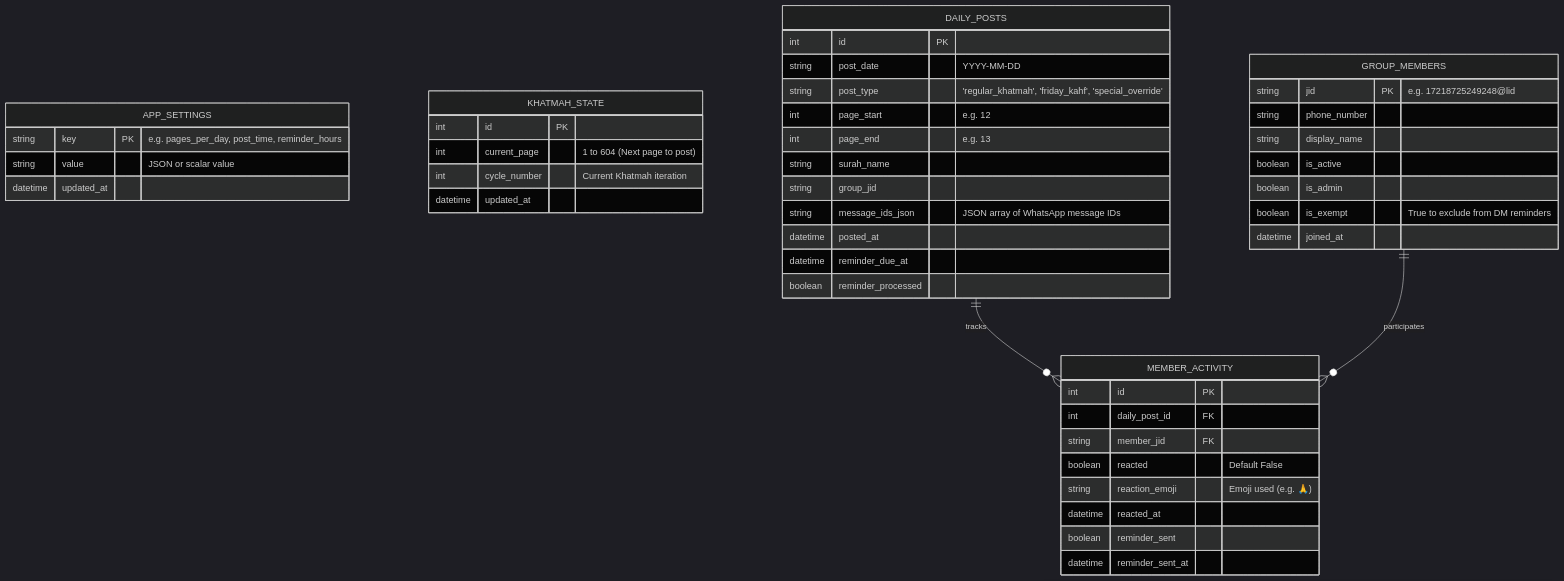
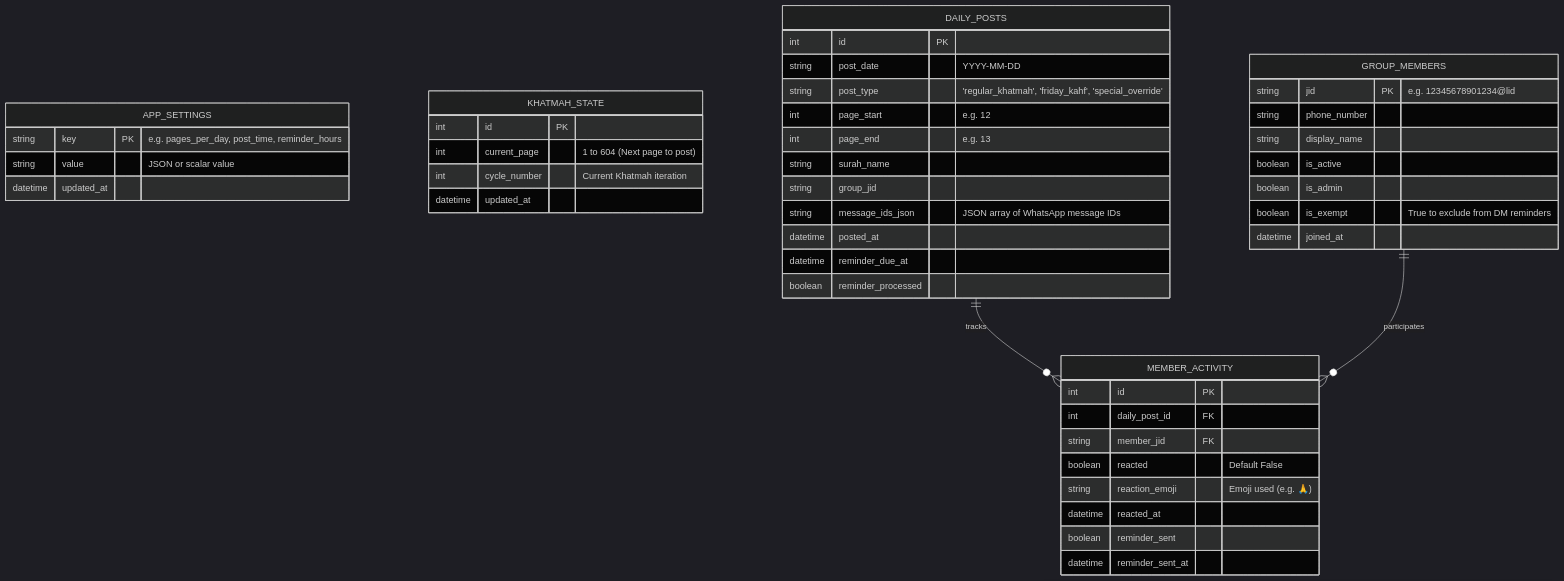
Before and after one commit to muammera1/baba-quran: the diagram in plan.md, drawn with Mermaid (dark theme). The commit also changed other lines of this file and 7 other files, not shown here.

````diff
--- a/plan.md
+++ b/plan.md
@@ -87,53 +87,53 @@
 ```mermaid
 erDiagram
     APP_SETTINGS {
         string key PK "e.g. pages_per_day, post_time, reminder_hours"
         string value "JSON or scalar value"
         datetime updated_at
     }
 
     KHATMAH_STATE {
         int id PK
         int current_page "1 to 604 (Next page to post)"
         int cycle_number "Current Khatmah iteration"
         datetime updated_at
     }
 
     GROUP_MEMBERS {
-        string jid PK "e.g. 17218725249248@lid"
+        string jid PK "e.g. 12345678901234@lid"
         string phone_number
         string display_name
         boolean is_active
         boolean is_admin
         boolean is_exempt "True to exclude from DM reminders"
         datetime joined_at
     }
 
     DAILY_POSTS {
         int id PK
         string post_date "YYYY-MM-DD"
         string post_type "'regular_khatmah', 'friday_kahf', 'special_override'"
         int page_start "e.g. 12"
         int page_end "e.g. 13"
         string surah_name
         string group_jid
         string message_ids_json "JSON array of WhatsApp message IDs"
         datetime posted_at
         datetime reminder_due_at
         boolean reminder_processed
     }
 
     MEMBER_ACTIVITY {
         int id PK
         int daily_post_id FK
         string member_jid FK
         boolean reacted "Default False"
         string reaction_emoji "Emoji used (e.g. 🙏)"
         datetime reacted_at
         boolean reminder_sent
         datetime reminder_sent_at
     }
 
     DAILY_POSTS ||--o{ MEMBER_ACTIVITY : "tracks"
     GROUP_MEMBERS ||--o{ MEMBER_ACTIVITY : "participates"
 ```
````
